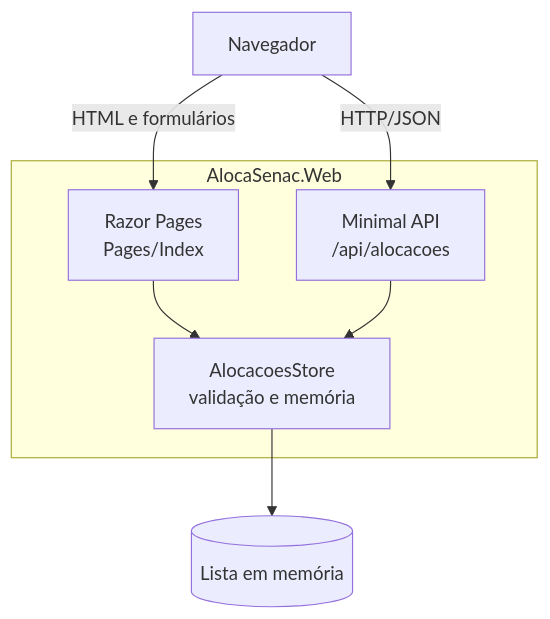
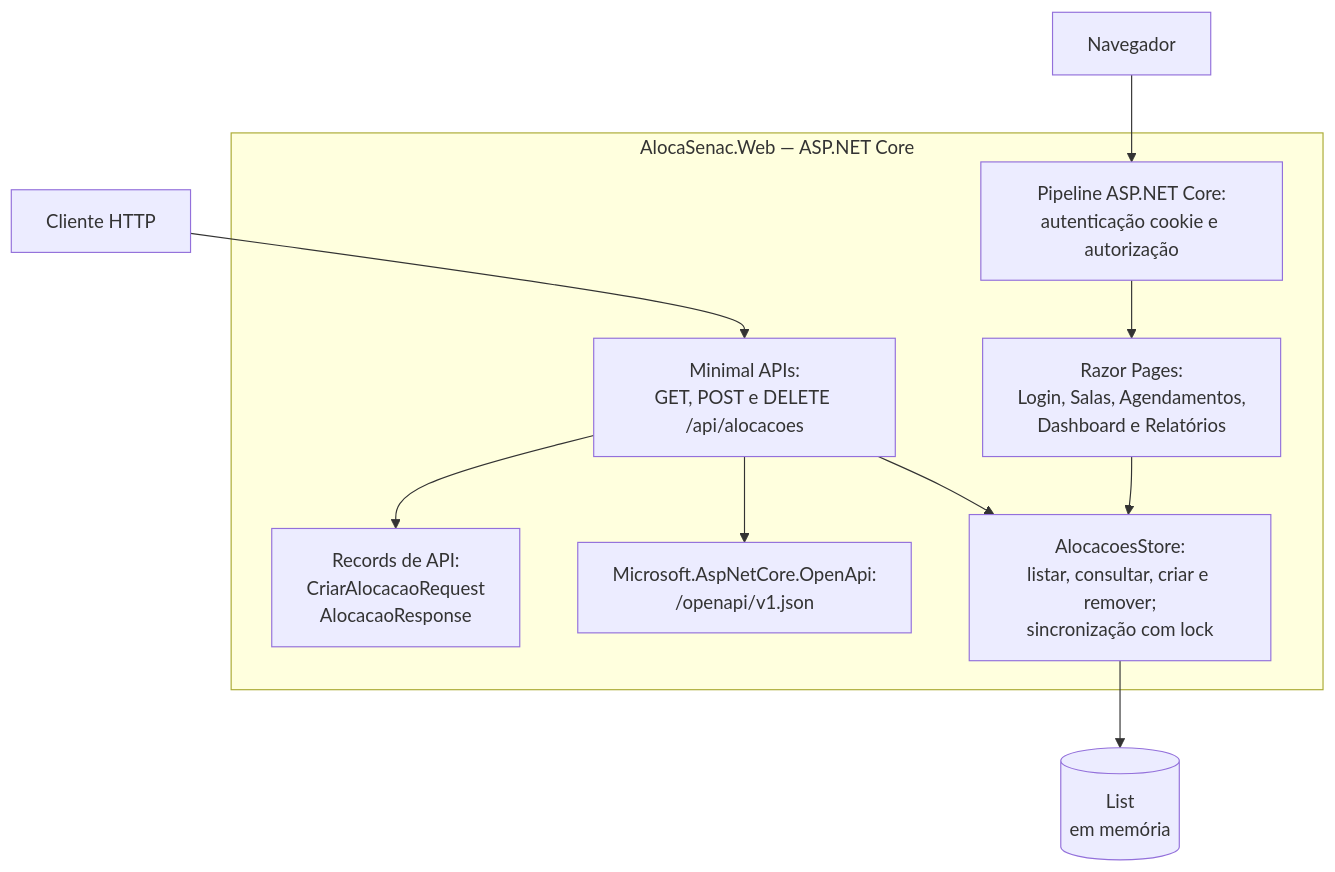
The third of 4 diagrams in docs/arquitetura.md (tiphy/projeto-QA), drawn with Mermaid before and after one commit. The commit also changed other lines of this file and 3 other files, not shown here.

Commit message:
diagramas C4, sequências críticas e ADRs

````diff
--- a/docs/arquitetura.md
+++ b/docs/arquitetura.md
@@ -23,16 +59,20 @@
 ```mermaid
 flowchart TB
-    Navegador[Navegador]
-    subgraph Web[AlocaSenac.Web]
-        Razor[Razor Pages<br/>Pages/Index]
-        Api[Minimal API<br/>/api/alocacoes]
-        Store[AlocacoesStore<br/>validação e memória]
-        Razor --> Store
-        Api --> Store
+    subgraph Web["AlocaSenac.Web — ASP.NET Core"]
+        Middleware["Pipeline ASP.NET Core:<br/>autenticação cookie e autorização"]
+        Pages["Razor Pages:<br/>Login, Salas, Agendamentos,<br/>Dashboard e Relatórios"]
+        Endpoints["Minimal APIs:<br/>GET, POST e DELETE /api/alocacoes"]
+        Contracts["Records de API:<br/>CriarAlocacaoRequest<br/>AlocacaoResponse"]
+        OpenAPI["Microsoft.AspNetCore.OpenApi:<br/>/openapi/v1.json"]
+        Store["AlocacoesStore:<br/>listar, consultar, criar e remover;<br/>sincronização com lock"]
+
+        Middleware --> Pages
+        Pages --> Store
+        Endpoints --> Contracts
+        Endpoints --> Store
+        Endpoints --> OpenAPI
     end
-    Dados[(Lista em memória)]
-
-    Navegador -->|HTML e formulários| Razor
-    Navegador -->|HTTP/JSON| Api
-    Store --> Dados
+    Browser["Navegador"] --> Middleware
+    Client["Cliente HTTP"] --> Endpoints
+    Store --> Memory[("List<AlocacaoResponse><br/>em memória")]
 ```
````
